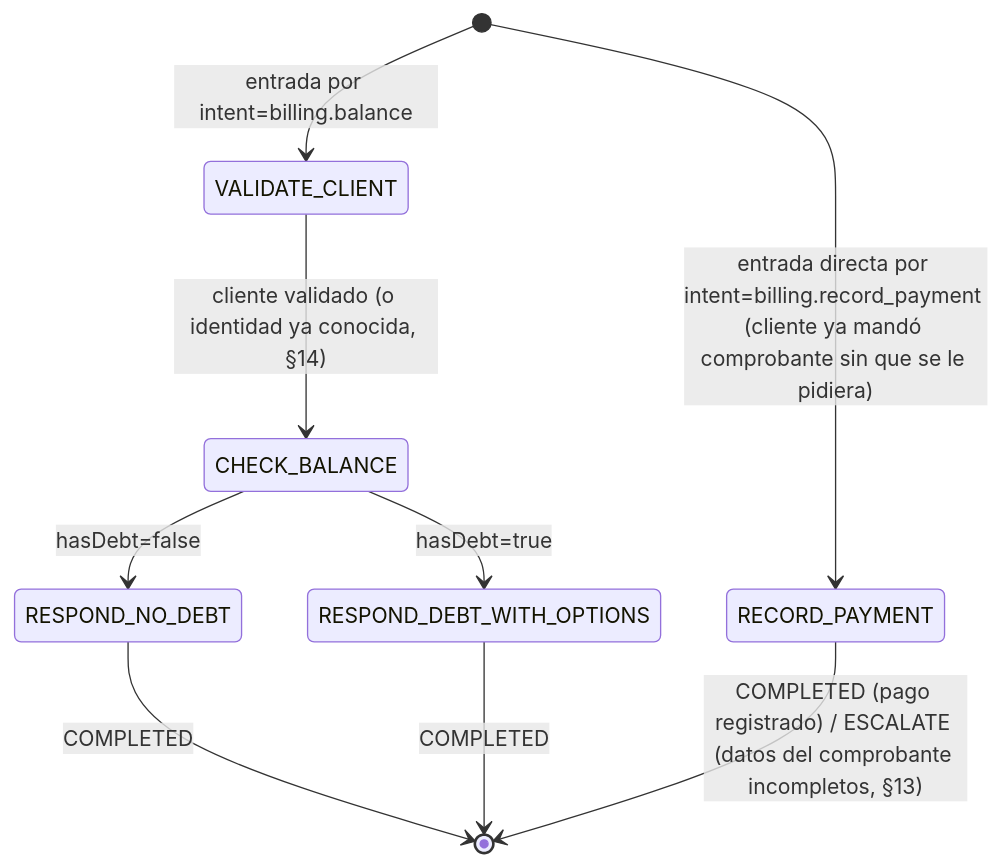
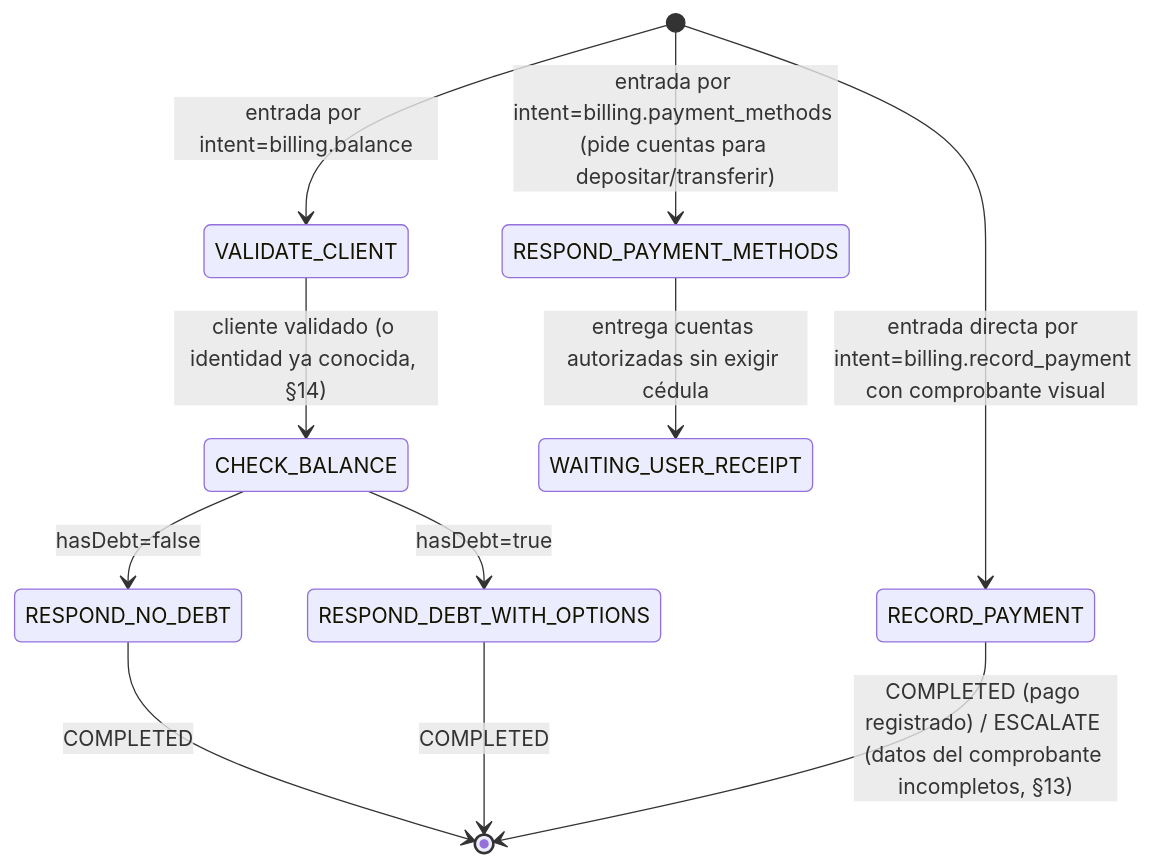
Before and after one commit to xintegrumdevaf/internal_sys_comunication_backend: the second of 2 diagrams in docs/spec/02_STATE_MACHINE.md, drawn with Mermaid. The commit also changed other lines of this file and 3 other files, not shown here.

````diff
--- a/docs/spec/02_STATE_MACHINE.md
+++ b/docs/spec/02_STATE_MACHINE.md
@@ -194,12 +194,15 @@
 ```mermaid
 stateDiagram-v2
     [*] --> VALIDATE_CLIENT: entrada por intent=billing.balance
     VALIDATE_CLIENT --> CHECK_BALANCE: cliente validado (o identidad ya conocida, §14)
     CHECK_BALANCE --> RESPOND_NO_DEBT: hasDebt=false
     RESPOND_NO_DEBT --> [*]: COMPLETED
     CHECK_BALANCE --> RESPOND_DEBT_WITH_OPTIONS: hasDebt=true
     RESPOND_DEBT_WITH_OPTIONS --> [*]: COMPLETED
 
-    [*] --> RECORD_PAYMENT: entrada directa por intent=billing.record_payment (cliente ya mandó comprobante sin que se le pidiera)
+    [*] --> RESPOND_PAYMENT_METHODS: entrada por intent=billing.payment_methods (pide cuentas para depositar/transferir)
+    RESPOND_PAYMENT_METHODS --> WAITING_USER_RECEIPT: entrega cuentas autorizadas sin exigir cédula
+
+    [*] --> RECORD_PAYMENT: entrada directa por intent=billing.record_payment con comprobante visual
     RECORD_PAYMENT --> [*]: COMPLETED (pago registrado) / ESCALATE (datos del comprobante incompletos, §13)
 ```
````
